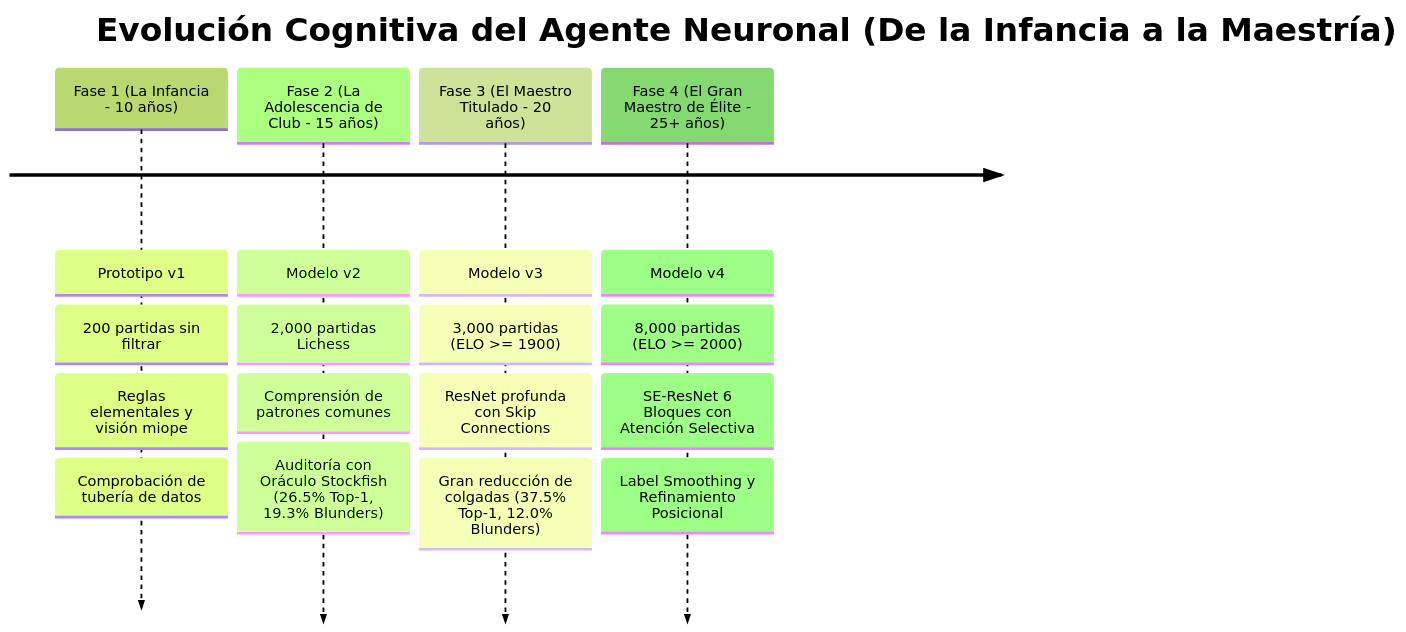
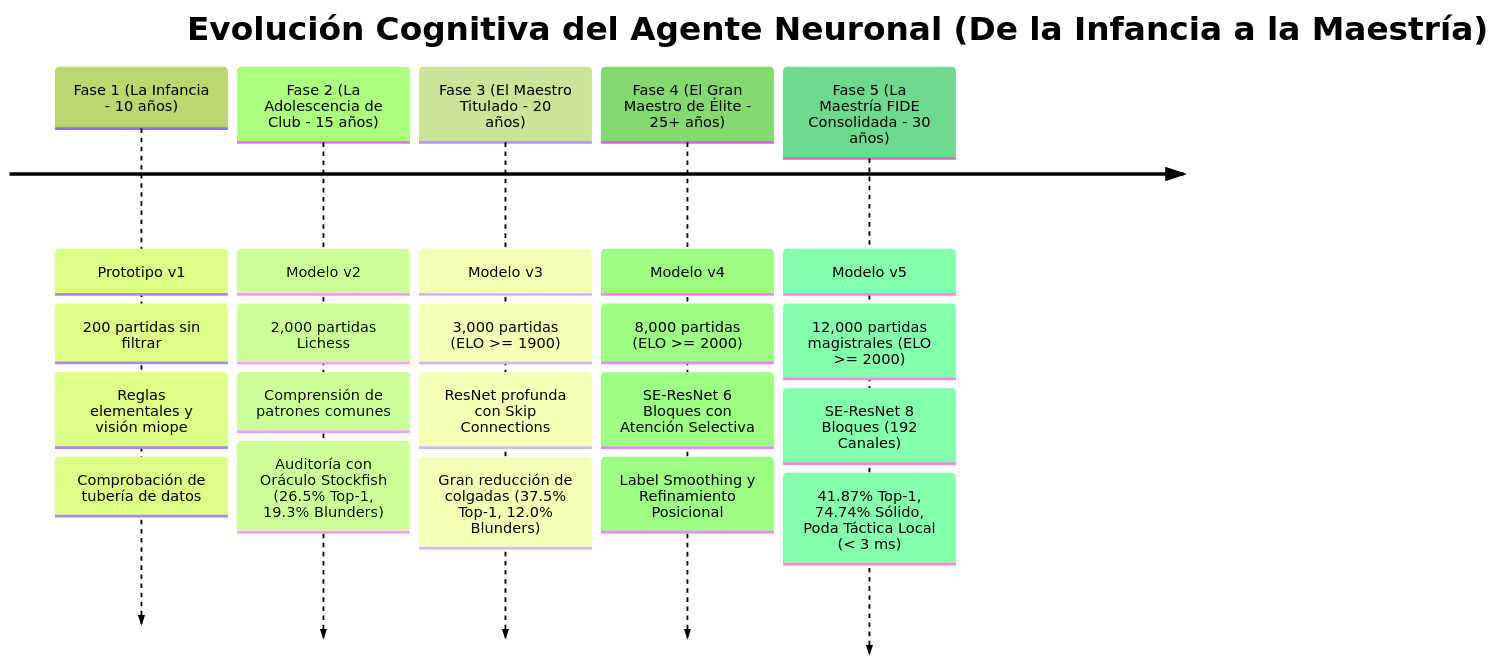
One commit to larzekao9/Brazo-Rob-tico-con-Inteligencia-Artificial-para-el-Aprendizaje-del-Ajedrez changed the fourth of 5 diagrams in docs/marco_teorico_ia_entrenamiento.md. Above: the diagram before and after it, drawn with Mermaid (forest theme). The commit also changed other lines of this file and 2 other files, not shown here.

````diff
--- a/docs/marco_teorico_ia_entrenamiento.md
+++ b/docs/marco_teorico_ia_entrenamiento.md
@@ -265,8 +366,9 @@
 ```mermaid
 timeline
     title Evolución Cognitiva del Agente Neuronal (De la Infancia a la Maestría)
     Fase 1 (La Infancia - 10 años) : Prototipo v1 : 200 partidas sin filtrar : Reglas elementales y visión miope : Comprobación de tubería de datos
     Fase 2 (La Adolescencia de Club - 15 años) : Modelo v2 : 2,000 partidas Lichess : Comprensión de patrones comunes : Auditoría con Oráculo Stockfish (26.5% Top-1, 19.3% Blunders)
     Fase 3 (El Maestro Titulado - 20 años) : Modelo v3 : 3,000 partidas (ELO >= 1900) : ResNet profunda con Skip Connections : Gran reducción de colgadas (37.5% Top-1, 12.0% Blunders)
     Fase 4 (El Gran Maestro de Élite - 25+ años) : Modelo v4 : 8,000 partidas (ELO >= 2000) : SE-ResNet 6 Bloques con Atención Selectiva : Label Smoothing y Refinamiento Posicional
+    Fase 5 (La Maestría FIDE Consolidada - 30 años) : Modelo v5 : 12,000 partidas magistrales (ELO >= 2000) : SE-ResNet 8 Bloques (192 Canales) : 41.87% Top-1, 74.74% Sólido, Poda Táctica Local (< 3 ms)
 ```
````
